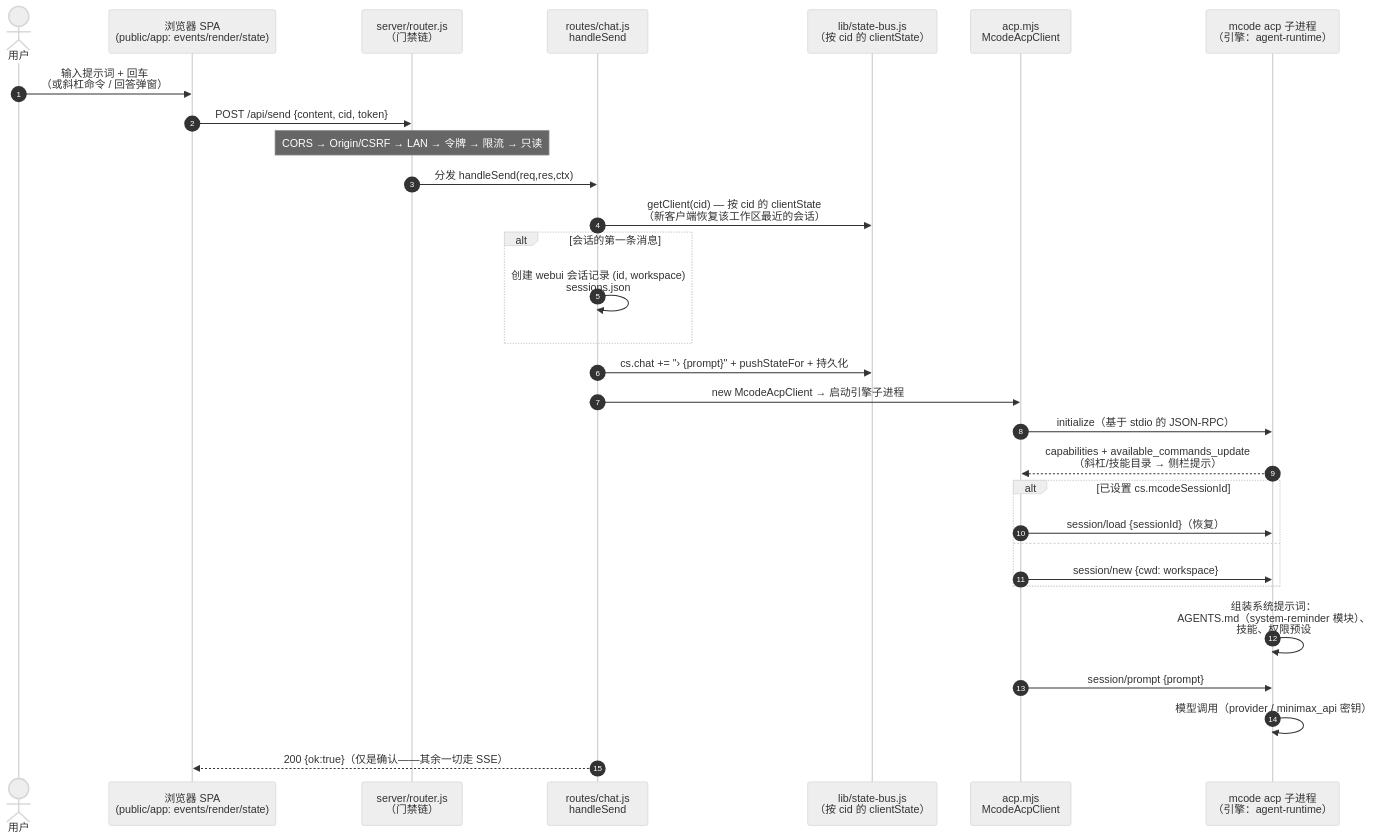
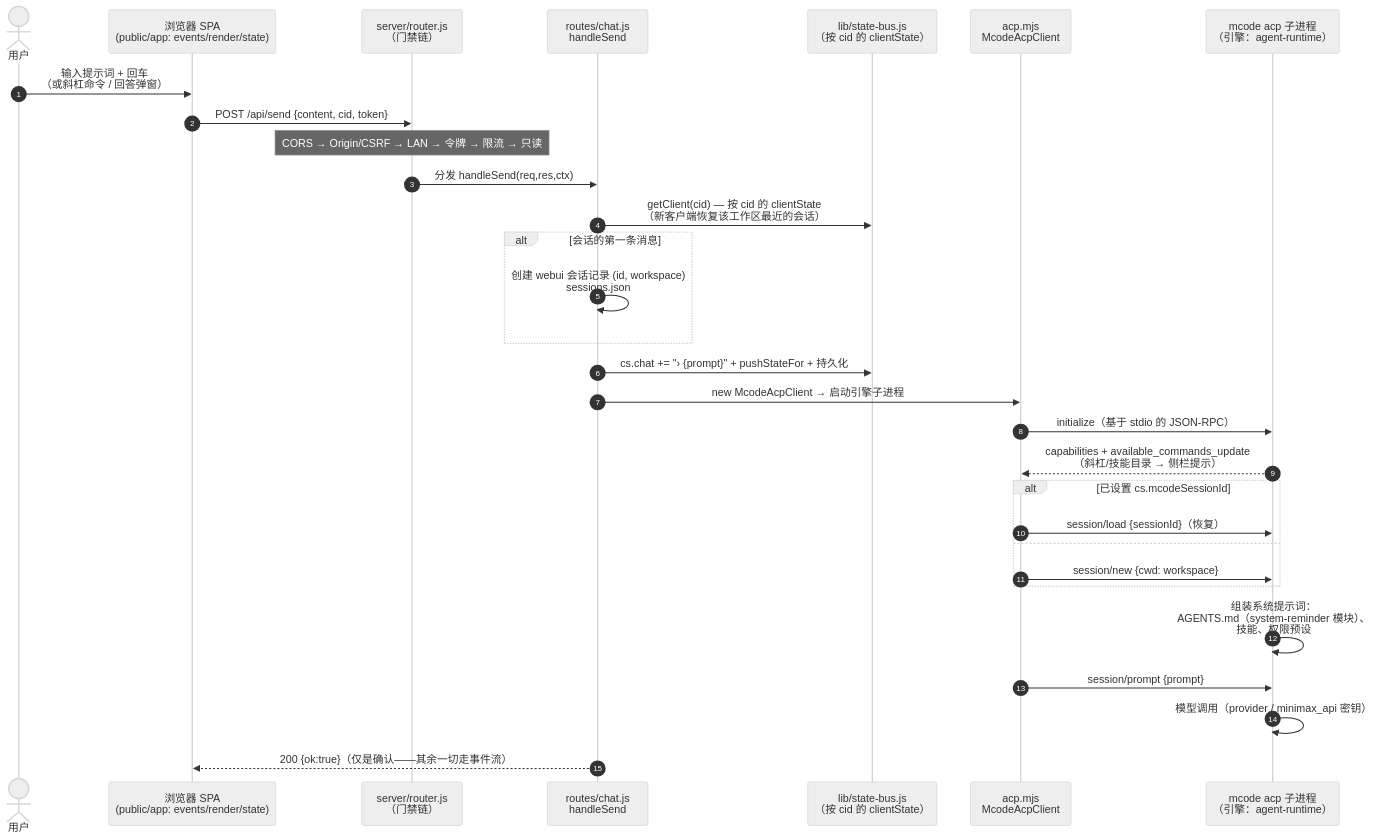
The first of 4 diagrams in packages/webui/docs/ARCHITECTURE.zh-CN.md (mcode-webui/minimax-code-web), drawn with Mermaid (neutral theme) before and after one commit. The commit also changed other lines of this file and 71 other files, not shown here.

````diff
--- a/packages/webui/docs/ARCHITECTURE.zh-CN.md
+++ b/packages/webui/docs/ARCHITECTURE.zh-CN.md
@@ -128,33 +129,33 @@
 ```mermaid
 sequenceDiagram
     autonumber
     actor U as 用户
     participant B as 浏览器 SPA<br/>(public/app: events/render/state)
     participant R as server/router.js<br/>（门禁链）
     participant C as routes/chat.js<br/>handleSend
     participant S as lib/state-bus.js<br/>（按 cid 的 clientState）
     participant A as acp.mjs<br/>McodeAcpClient
     participant E as mcode acp 子进程<br/>（引擎：agent-runtime）
 
     U->>B: 输入提示词 + 回车<br/>（或斜杠命令 / 回答弹窗）
     B->>R: POST /api/send {content, cid, token}
     Note over R: CORS → Origin/CSRF → LAN → 令牌 → 限流 → 只读
     R->>C: 分发 handleSend(req,res,ctx)
     C->>S: getClient(cid) — 按 cid 的 clientState<br/>（新客户端恢复该工作区最近的会话）
     alt 会话的第一条消息
         C->>C: 创建 webui 会话记录 (id, workspace)<br/>sessions.json
     end
     C->>S: cs.chat += "› {prompt}" + pushStateFor + 持久化
     C->>A: new McodeAcpClient → 启动引擎子进程
     A->>E: initialize（基于 stdio 的 JSON-RPC）
     E-->>A: capabilities + available_commands_update<br/>（斜杠/技能目录 → 侧栏提示）
     alt 已设置 cs.mcodeSessionId
         A->>E: session/load {sessionId}（恢复）
     else
         A->>E: session/new {cwd: workspace}
     end
     E->>E: 组装系统提示词：<br/>AGENTS.md（system-reminder 模块）、<br/>技能、权限预设
     A->>E: session/prompt {prompt}
     E->>E: 模型调用（provider / minimax_api 密钥）
-    C-->>B: 200 {ok:true}（仅是确认——其余一切走 SSE）
+    C-->>B: 200 {ok:true}（仅是确认——其余一切走事件流）
 ```
````
